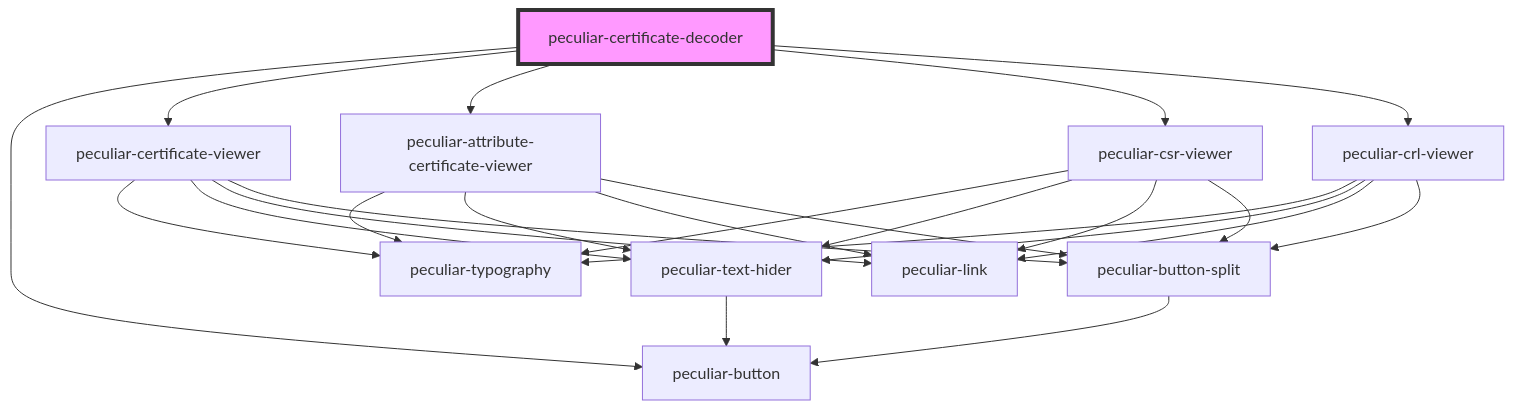
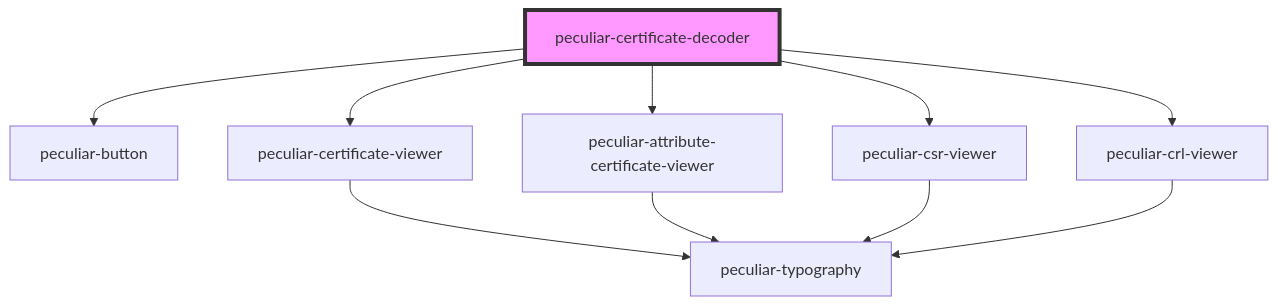
The diagram in packages/webcomponents/src/components/certificate-decoder/readme.md (PeculiarVentures/pv-certificates-viewer), drawn with Mermaid before and after one commit. The commit also changed 76 other files, not shown here.

````diff
--- a/packages/webcomponents/src/components/certificate-decoder/readme.md
+++ b/packages/webcomponents/src/components/certificate-decoder/readme.md
@@ -35,27 +35,13 @@
 ```mermaid
 graph TD;
   peculiar-certificate-decoder --> peculiar-button
   peculiar-certificate-decoder --> peculiar-certificate-viewer
   peculiar-certificate-decoder --> peculiar-attribute-certificate-viewer
   peculiar-certificate-decoder --> peculiar-csr-viewer
   peculiar-certificate-decoder --> peculiar-crl-viewer
   peculiar-certificate-viewer --> peculiar-typography
-  peculiar-certificate-viewer --> peculiar-text-hider
-  peculiar-certificate-viewer --> peculiar-link
-  peculiar-certificate-viewer --> peculiar-button-split
-  peculiar-text-hider --> peculiar-button
-  peculiar-button-split --> peculiar-button
   peculiar-attribute-certificate-viewer --> peculiar-typography
-  peculiar-attribute-certificate-viewer --> peculiar-text-hider
-  peculiar-attribute-certificate-viewer --> peculiar-link
-  peculiar-attribute-certificate-viewer --> peculiar-button-split
   peculiar-csr-viewer --> peculiar-typography
-  peculiar-csr-viewer --> peculiar-text-hider
-  peculiar-csr-viewer --> peculiar-link
-  peculiar-csr-viewer --> peculiar-button-split
   peculiar-crl-viewer --> peculiar-typography
-  peculiar-crl-viewer --> peculiar-text-hider
-  peculiar-crl-viewer --> peculiar-link
-  peculiar-crl-viewer --> peculiar-button-split
   style peculiar-certificate-decoder fill:#f9f,stroke:#333,stroke-width:4px
 ```
````
